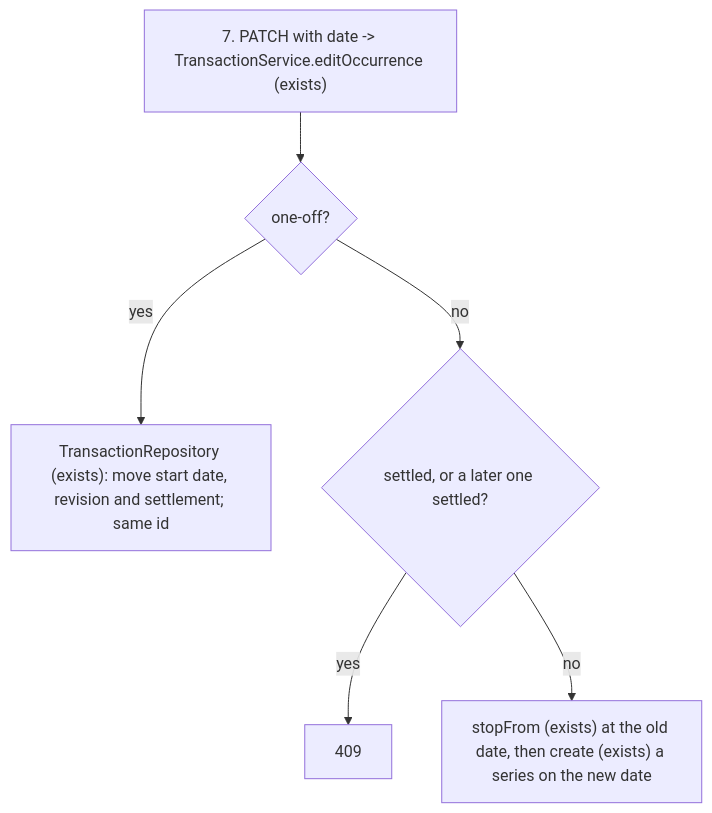
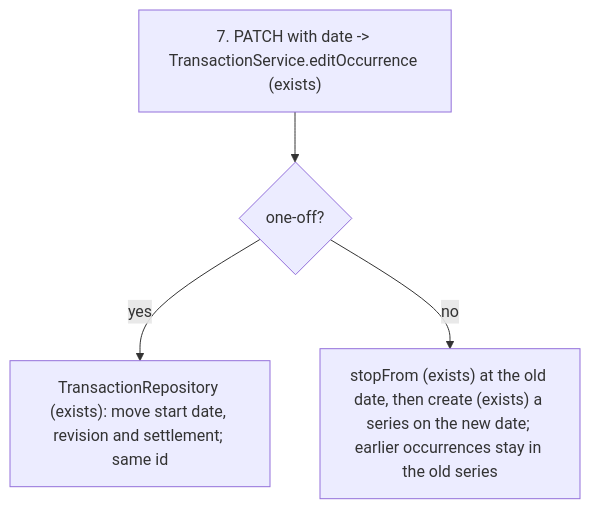
One commit to tghcastro/capital-care-v2 changed the second of 3 diagrams in .specs/features/monthly-balance/plan.md. Above: the diagram before and after it, drawn with Mermaid. The commit also changed other lines of this file and 1 other file, not shown here.

````diff
--- a/.specs/features/monthly-balance/plan.md
+++ b/.specs/features/monthly-balance/plan.md
@@ -39,8 +43,6 @@
 ```mermaid
 flowchart TD
     A["7. PATCH with date -> TransactionService.editOccurrence (exists)"] --> B{one-off?}
     B -- yes --> C["TransactionRepository (exists): move start date, revision and settlement; same id"]
-    B -- no --> D{settled, or a later one settled?}
-    D -- yes --> E[409]
-    D -- no --> F["stopFrom (exists) at the old date, then create (exists) a series on the new date"]
+    B -- no --> F["stopFrom (exists) at the old date, then create (exists) a series on the new date; earlier occurrences stay in the old series"]
 ```
````
